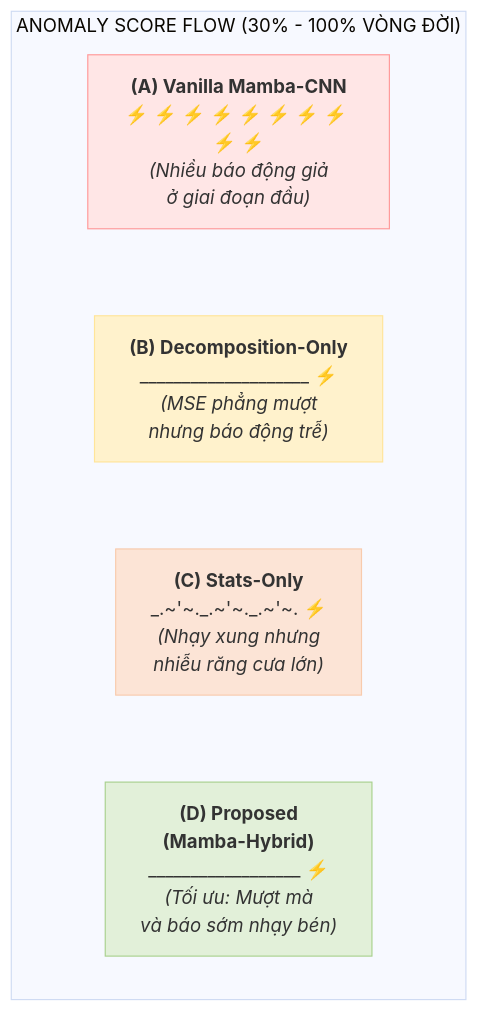
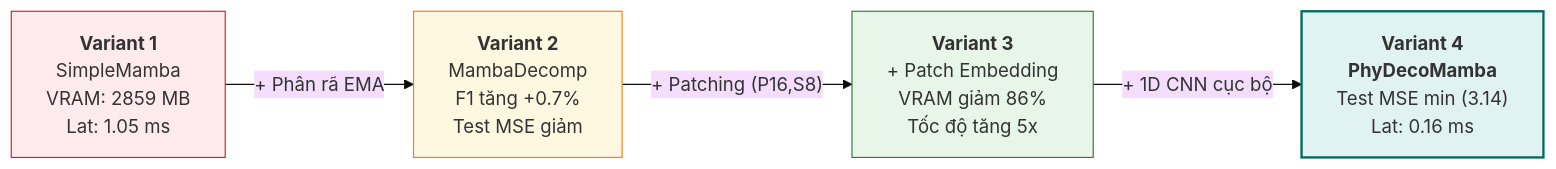
The second of 2 diagrams in project_overview_report.md (sunbv56/mamba-forecast-ad), drawn with Mermaid (base theme) before and after one commit. The commit also changed other lines of this file and 1 other file, not shown here.

Commit message:
docs: update project overview report with quantitative ablation study and calibration analysis

````diff
--- a/project_overview_report.md
+++ b/project_overview_report.md
@@ -337,16 +324,11 @@
 ```mermaid
-flowchart TD
-    subgraph Ablation["ANOMALY SCORE FLOW (30% - 100% VÒNG ĐỜI)"]
-        direction TB
-        A["<b>(A) Vanilla Mamba-CNN</b><br>⚡ ⚡ ⚡ ⚡ ⚡ ⚡ ⚡ ⚡ ⚡ ⚡<br><i>(Nhiều báo động giả<br>ở giai đoạn đầu)</i>"]
-        B["<b>(B) Decomposition-Only</b><br>____________________ ⚡<br><i>(MSE phẳng mượt<br>nhưng báo động trễ)</i>"]
-        C["<b>(C) Stats-Only</b><br>_.~'~._.~'~._.~'~. ⚡<br><i>(Nhạy xung nhưng<br>nhiễu răng cưa lớn)</i>"]
-        D["<b>(D) Proposed</b><br><b>(Mamba-Hybrid)</b><br>__________________ ⚡<br><i>(Tối ưu: Mượt mà<br>và báo sớm nhạy bén)</i>"]
-        
-        A ~~~ B ~~~ C ~~~ D
-    end
-    style A fill:#ffe6e6,stroke:#ff9999,stroke-width:1px
-    style B fill:#fff2cc,stroke:#ffe599,stroke-width:1px
-    style C fill:#fce4d6,stroke:#f8cbad,stroke-width:1px
-    style D fill:#e2f0d9,stroke:#a9d18e,stroke-width:1px
+flowchart LR
+    V1["<b>Variant 1</b><br>SimpleMamba<br>VRAM: 2859 MB<br>Lat: 1.05 ms"] -->|"+ Phân rã EMA"| V2["<b>Variant 2</b><br>MambaDecomp<br>F1 tăng +0.7%<br>Test MSE giảm"]
+    V2 -->|"+ Patching (P16,S8)"| V3["<b>Variant 3</b><br>+ Patch Embedding<br>VRAM giảm 86%<br>Tốc độ tăng 5x"]
+    V3 -->|"+ 1D CNN cục bộ"| V4["<b>Variant 4</b><br><b>PhyDecoMamba</b><br>Test MSE min (3.14)<br>Lat: 0.16 ms"]
+
+    style V1 fill:#ffebee,stroke:#c62828,stroke-width:1px
+    style V2 fill:#fff8e1,stroke:#f57f17,stroke-width:1px
+    style V3 fill:#e8f5e9,stroke:#2e7d32,stroke-width:1px
+    style V4 fill:#e0f2f1,stroke:#00695c,stroke-width:2px
 ```
````
